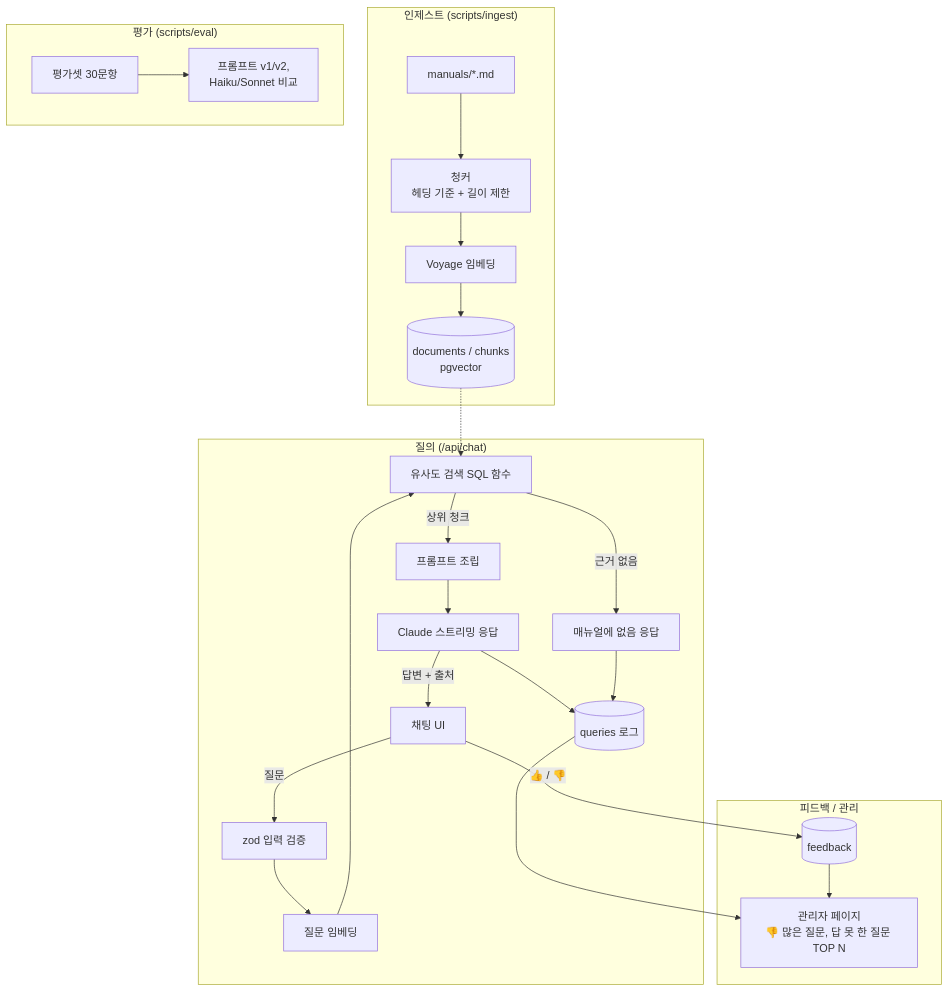
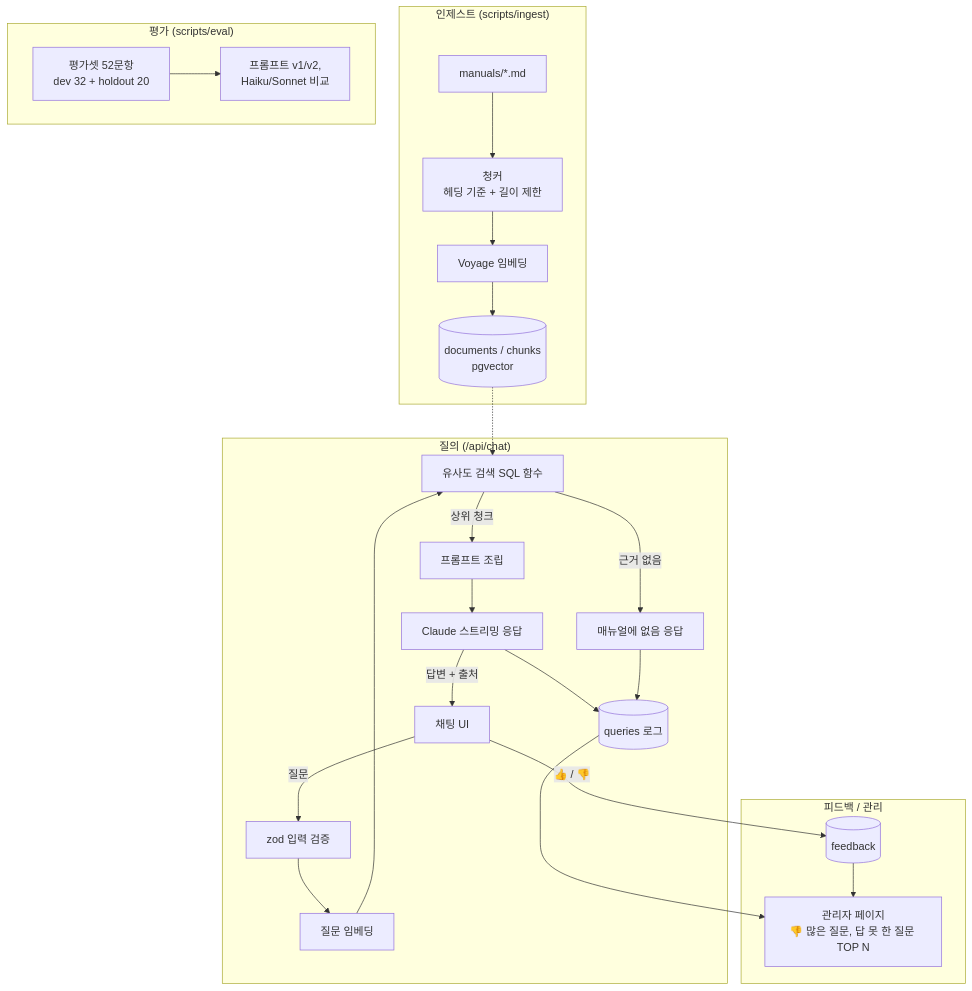
The diagram in CLAUDE.md (lmw1663/Rag-chatbot), drawn with Mermaid before and after one commit. The commit also changed other lines of this file and 9 other files, not shown here.

````diff
--- a/CLAUDE.md
+++ b/CLAUDE.md
@@ -66,31 +71,31 @@
 ```mermaid
 flowchart TD
   subgraph Ingest["인제스트 (scripts/ingest)"]
     M[manuals/*.md] --> C[청커<br/>헤딩 기준 + 길이 제한]
     C --> E1[Voyage 임베딩]
     E1 --> DB1[(documents / chunks<br/>pgvector)]
   end
 
   subgraph Query["질의 (/api/chat)"]
     U[채팅 UI] -->|질문| V[zod 입력 검증]
     V --> E2[질문 임베딩]
     E2 --> S[유사도 검색 SQL 함수]
     DB1 -.-> S
     S -->|근거 없음| N["매뉴얼에 없음" 응답]
     S -->|상위 청크| P[프롬프트 조립]
     P --> L[Claude 스트리밍 응답]
     L -->|답변 + 출처| U
     L --> Q[(queries 로그)]
     N --> Q
   end
 
   subgraph Feedback["피드백 / 관리"]
     U -->|👍 / 👎| F[(feedback)]
     F --> A[관리자 페이지<br/>👎 많은 질문, 답 못 한 질문 TOP N]
     Q --> A
   end
 
   subgraph Eval["평가 (scripts/eval)"]
-    T[평가셋 30문항] --> R[프롬프트 v1/v2,<br/>Haiku/Sonnet 비교]
+    T[평가셋 52문항<br/>dev 32 + holdout 20] --> R[프롬프트 v1/v2,<br/>Haiku/Sonnet 비교]
   end
 ```
````
